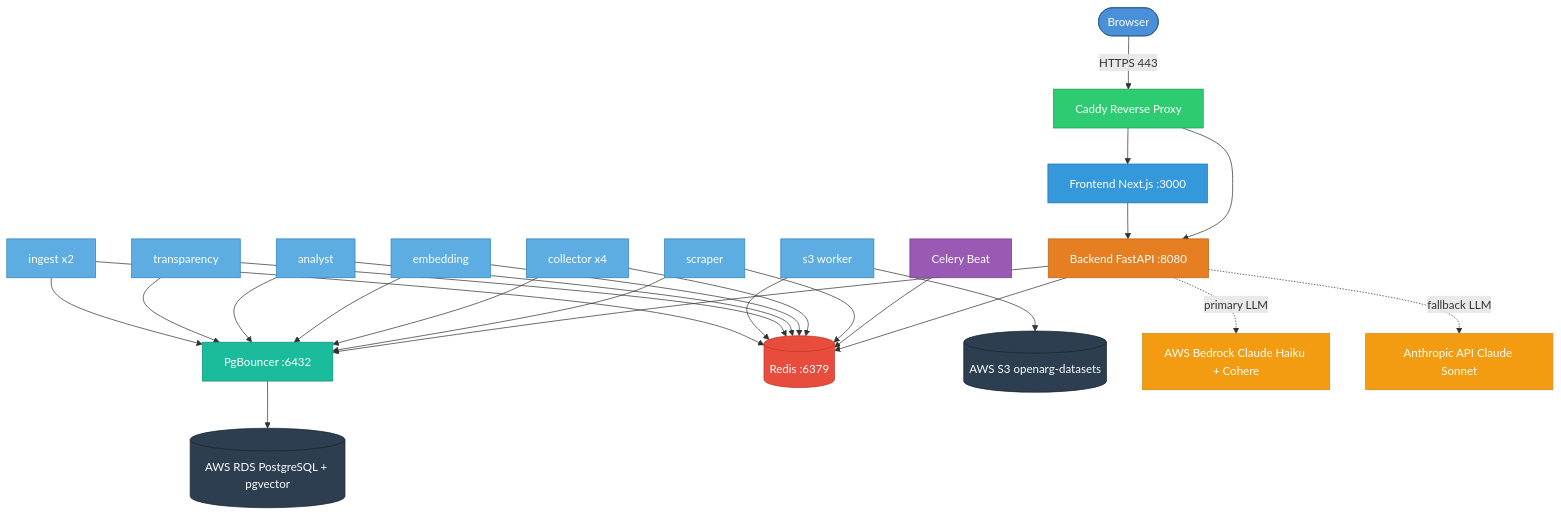
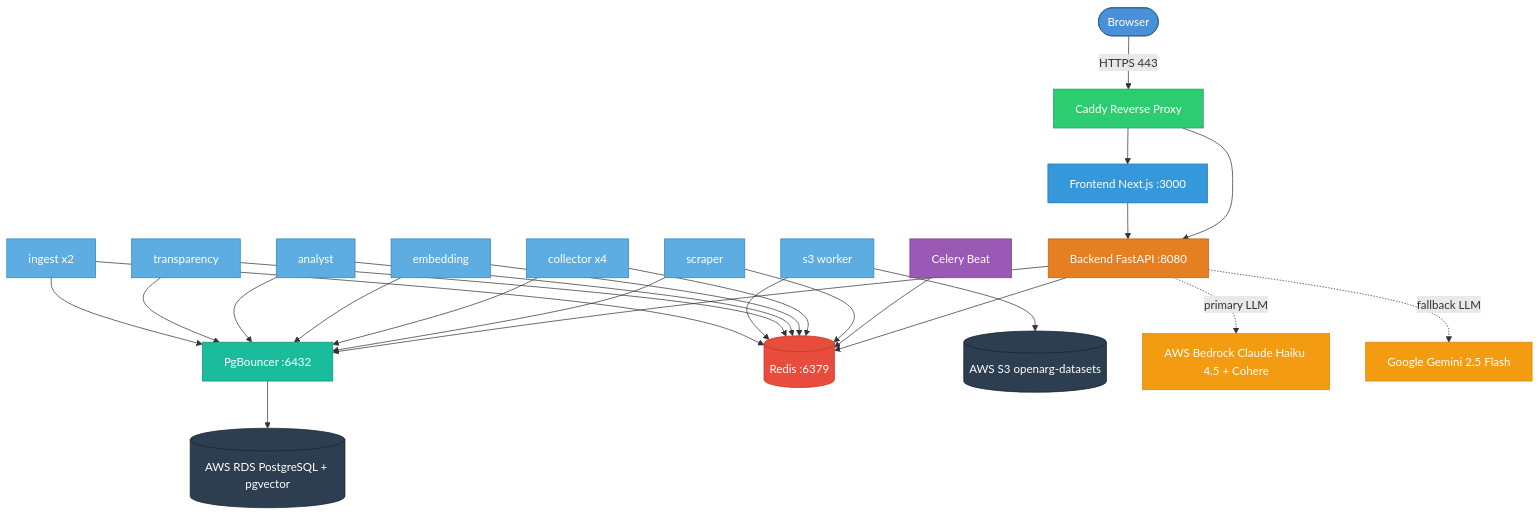
Before and after one commit to colossus-lab/openarg_backend: the fourth of 5 diagrams in docs/diagrams.md, drawn with Mermaid. The commit also changed other lines of this file and 14 other files, not shown here.

````diff
--- a/docs/diagrams.md
+++ b/docs/diagrams.md
@@ -129,44 +137,44 @@
 ```mermaid
 graph TB
     Browser([Browser]) -->|HTTPS 443| Caddy[Caddy Reverse Proxy]
     Caddy --> FE[Frontend Next.js :3000]
     Caddy --> BE[Backend FastAPI :8080]
     FE --> BE
 
     BE --> PGB[PgBouncer :6432]
     BE --> Redis[(Redis :6379)]
 
     Beat[Celery Beat] --> Redis
     W1[scraper] --> Redis
     W2[collector x4] --> Redis
     W3[embedding] --> Redis
     W4[analyst] --> Redis
     W5[transparency] --> Redis
     W6[s3 worker] --> Redis
     W7[ingest x2] --> Redis
     W1 & W2 & W3 & W4 & W5 & W7 --> PGB
 
     PGB --> RDS[(AWS RDS PostgreSQL + pgvector)]
     W6 --> S3[(AWS S3 openarg-datasets)]
-    BE -.->|primary LLM| Bedrock[AWS Bedrock Claude Haiku + Cohere]
-    BE -.->|fallback LLM| Anthropic[Anthropic API Claude Sonnet]
+    BE -.->|primary LLM| Bedrock[AWS Bedrock Claude Haiku 4.5 + Cohere]
+    BE -.->|fallback LLM| Gemini[Google Gemini 2.5 Flash]
 
     style Browser fill:#4A90D9,stroke:#2C5F8A,color:#fff
     style Caddy fill:#2ECC71,stroke:#1A9B54,color:#fff
     style FE fill:#3498DB,stroke:#2176AB,color:#fff
     style BE fill:#E67E22,stroke:#BA6318,color:#fff
     style PGB fill:#1ABC9C,stroke:#148F77,color:#fff
     style Redis fill:#E74C3C,stroke:#C0392B,color:#fff
     style Beat fill:#9B59B6,stroke:#7A3D92,color:#fff
     style W1 fill:#5DADE2,stroke:#2E86C1,color:#fff
     style W2 fill:#5DADE2,stroke:#2E86C1,color:#fff
     style W3 fill:#5DADE2,stroke:#2E86C1,color:#fff
     style W4 fill:#5DADE2,stroke:#2E86C1,color:#fff
     style W5 fill:#5DADE2,stroke:#2E86C1,color:#fff
     style W6 fill:#5DADE2,stroke:#2E86C1,color:#fff
     style W7 fill:#5DADE2,stroke:#2E86C1,color:#fff
     style RDS fill:#2C3E50,stroke:#1A252F,color:#fff
     style S3 fill:#2C3E50,stroke:#1A252F,color:#fff
     style Bedrock fill:#F39C12,stroke:#D68910,color:#fff
-    style Anthropic fill:#F39C12,stroke:#D68910,color:#fff
+    style Gemini fill:#F39C12,stroke:#D68910,color:#fff
 ```
````
